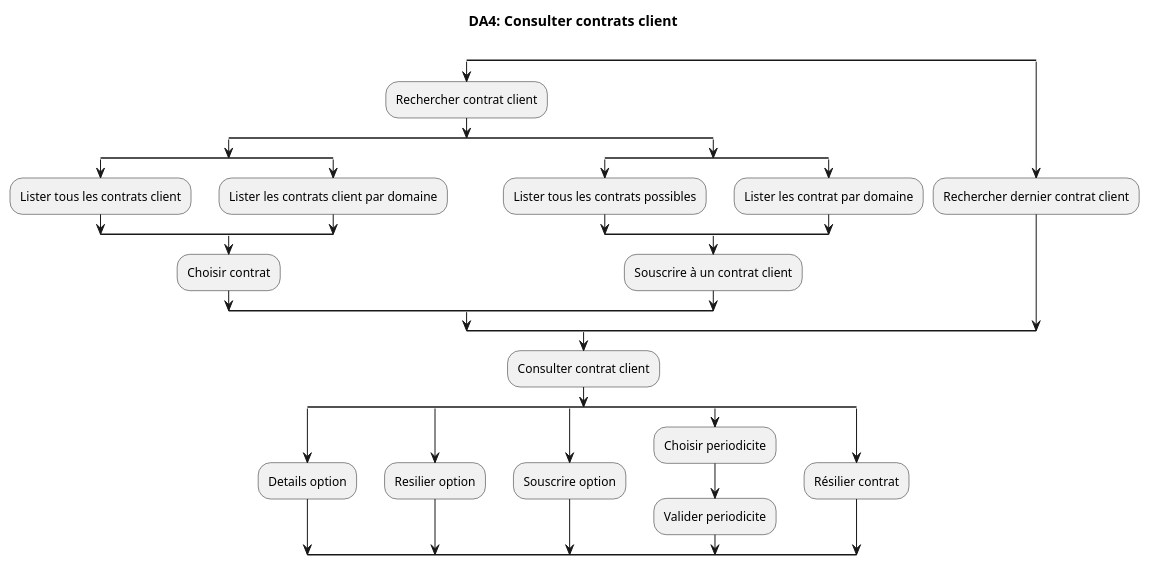
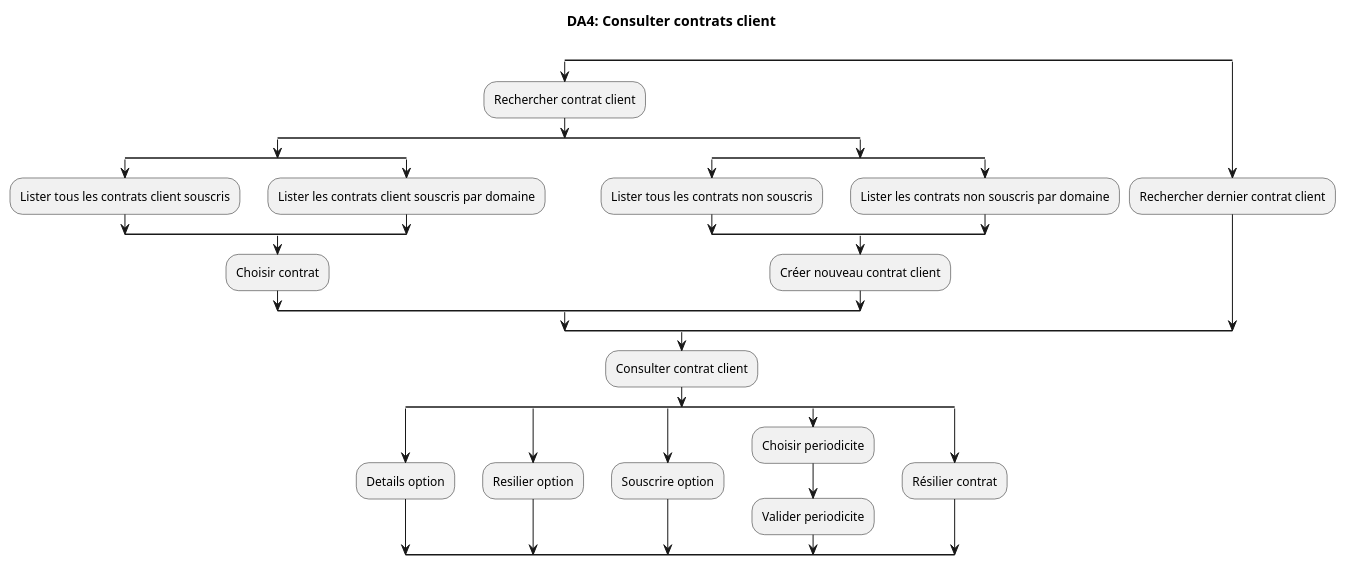
Before and after one commit to if-h4102/pld-mars: the diagram in CU004 - Gestion des contrats du client (Zone Contrats)/DA004.puml, drawn with PlantUML. The commit also changed 2 other files, not shown here.

```diff
--- a/CU004 - Gestion des contrats du client (Zone Contrats)/DA004.puml
+++ b/CU004 - Gestion des contrats du client (Zone Contrats)/DA004.puml
@@ -1,37 +1,37 @@
 @startuml
 title DA4: Consulter contrats client\n
 split
 :Rechercher contrat client;
 
 split
 	split
-		:Lister tous les contrats client;
+		:Lister tous les contrats client souscris;
 	split again
-		:Lister les contrats client par domaine;
+		:Lister les contrats client souscris par domaine;
 	end split
 	:Choisir contrat;
 split again
 	split
-	:Lister tous les contrats possibles;
+	:Lister tous les contrats non souscris;
 	split again 
-	:Lister les contrat par domaine;
+	:Lister les contrats non souscris par domaine;
 	end split
-	:Souscrire à un contrat client;
+	:Créer nouveau contrat client;
 end split
 split again 
 :Rechercher dernier contrat client;
 end split
 :Consulter contrat client;
 	split
 		:Details option;
 	split again
 		:Resilier option;
 	split again
 		:Souscrire option;
 	split again
 		:Choisir periodicite;
 		:Valider periodicite;
 	split again 
 		:Résilier contrat;
 	end split
 @enduml
```
